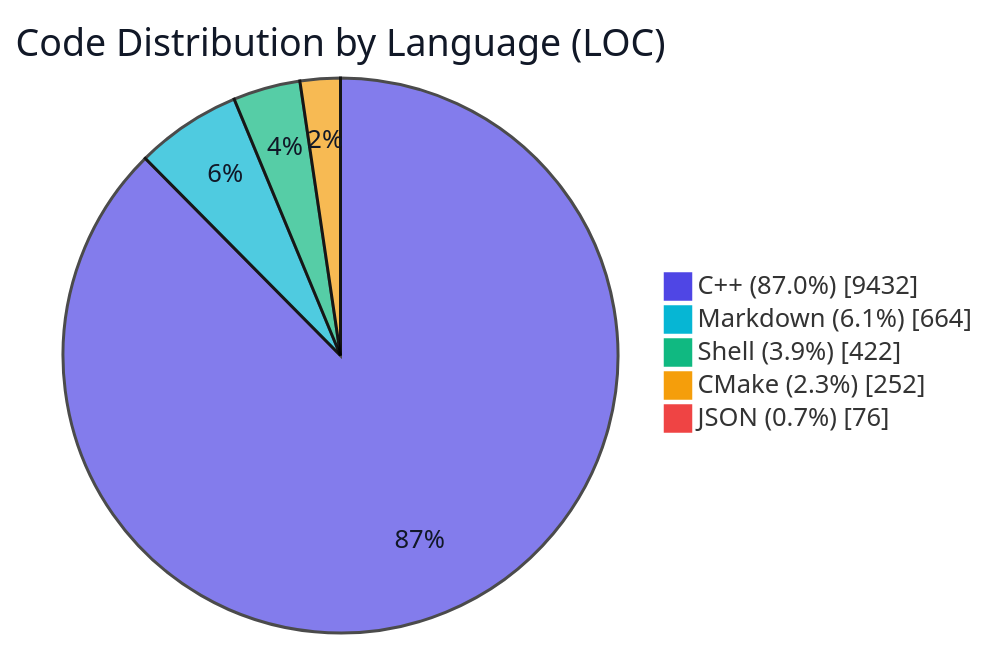
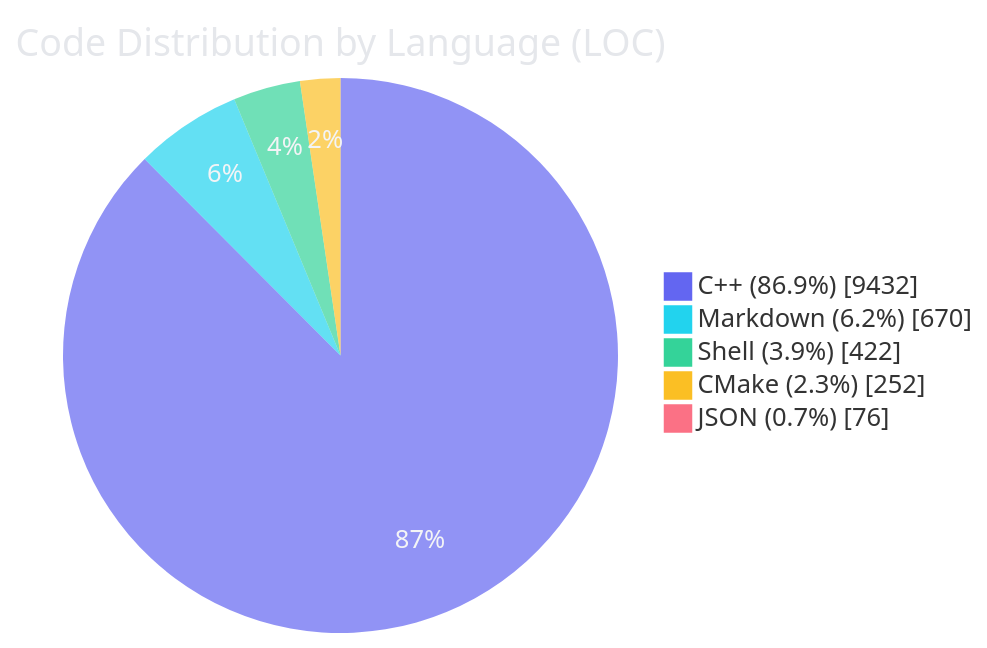
The diagram in README.md (sublimit1736/term4k_sub), drawn with Mermaid before and after one commit. The commit also changed other lines of this file and 5 other files, not shown here.

Commit message:
进一步美化mermaid饼状图

````diff
--- a/README.md
+++ b/README.md
@@ -45,10 +48,10 @@
 ```mermaid
-%%{init: {'theme': 'base', 'themeVariables': {'fontFamily': 'Inter, Segoe UI, Helvetica, Arial, sans-serif', 'pieTitleTextColor': '#111827', 'pieSectionTextColor': '#111827', 'pieOuterStrokeColor': '#ffffff', 'pieOuterStrokeWidth': '2px', 'pie1': '#4f46e5', 'pie2': '#06b6d4', 'pie3': '#10b981', 'pie4': '#f59e0b', 'pie5': '#ef4444', 'pie6': '#8b5cf6'}}}%%
+%%{init: {'theme': 'base', 'themeVariables': {'fontFamily': 'Fira Code, JetBrains Mono, Source Code Pro, Cascadia Code, Menlo, Consolas, monospace', 'pieTitleTextColor': '#e5e7eb', 'pieSectionTextColor': '#f3f4f6', 'pieOuterStrokeColor': 'transparent', 'pieOuterStrokeWidth': '0px', 'pieStrokeColor': 'transparent', 'pieStrokeWidth': '0px', 'pie1': '#6366f1', 'pie2': '#22d3ee', 'pie3': '#34d399', 'pie4': '#fbbf24', 'pie5': '#fb7185', 'pie6': '#a78bfa'}}}%%
 pie showData
     title Code Distribution by Language (LOC)
-    "C++ (87.0%)" : 9432
-    "Markdown (6.1%)" : 664
+    "C++ (86.9%)" : 9432
+    "Markdown (6.2%)" : 670
     "Shell (3.9%)" : 422
     "CMake (2.3%)" : 252
     "JSON (0.7%)" : 76
 ```
````
